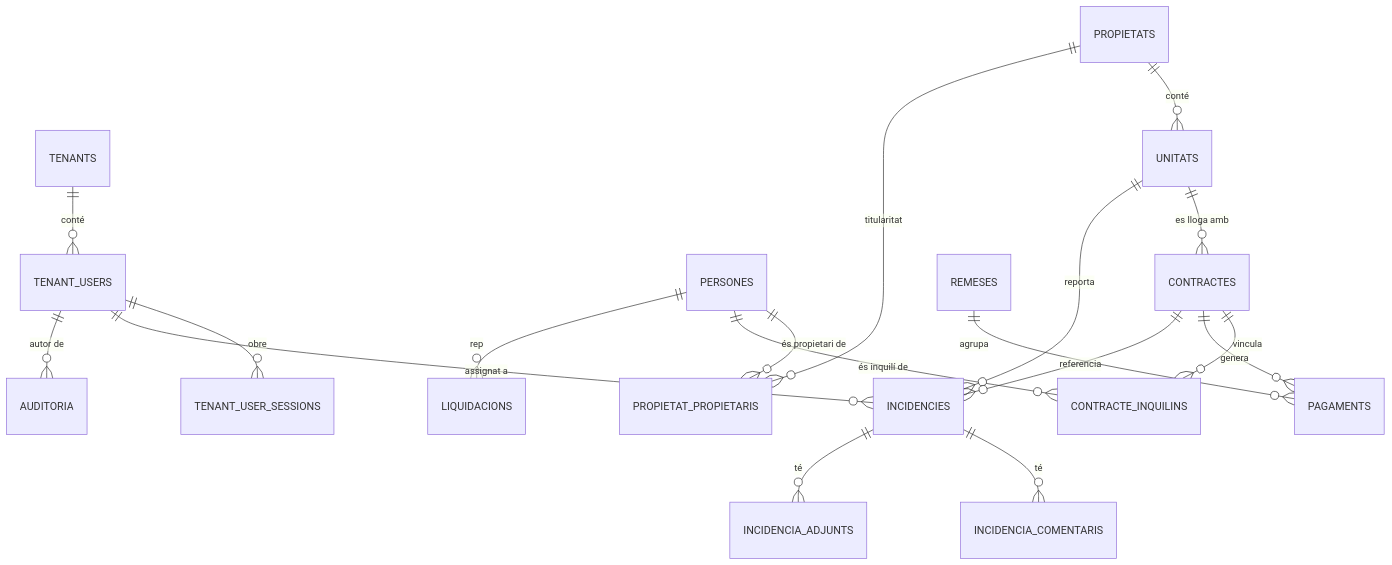
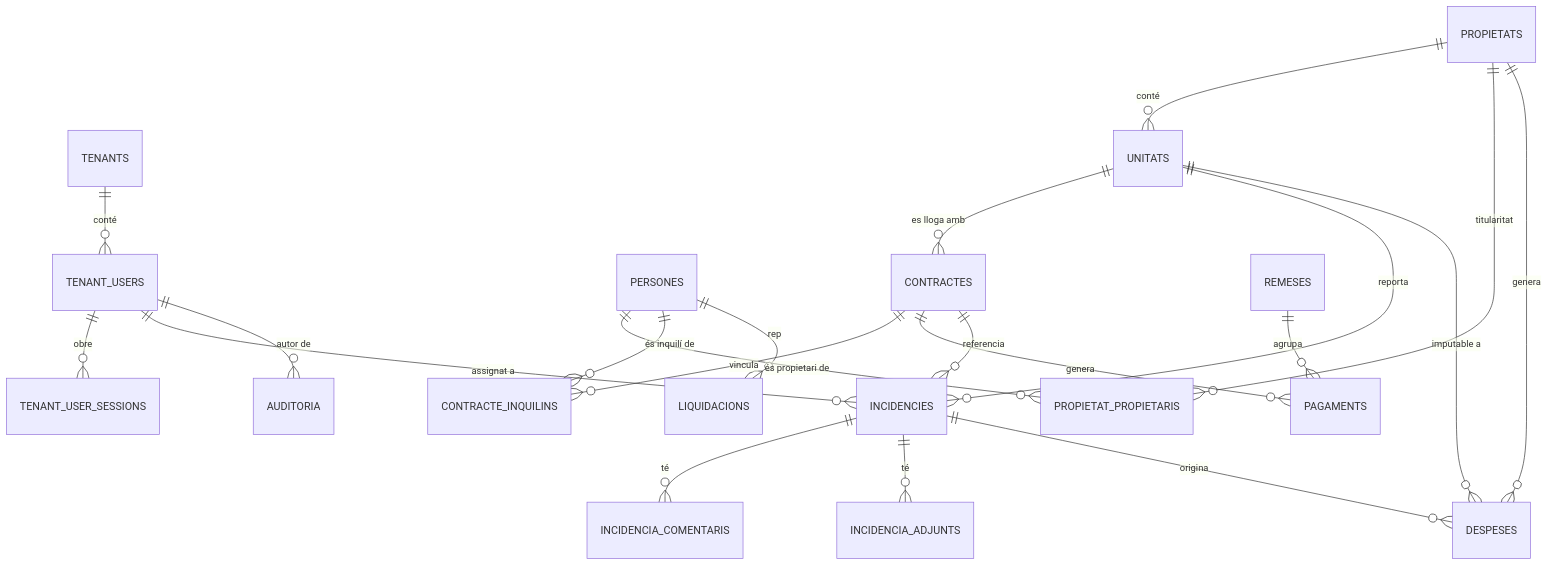
The diagram in docs/db-schema.md (saspero/gestioinmo), drawn with Mermaid before and after one commit. The commit also changed other lines of this file and 1 other file, not shown here.

First line of the commit message:
feat(db): add despeses table to tenant schema

````diff
--- a/docs/db-schema.md
+++ b/docs/db-schema.md
@@ -87,21 +87,24 @@
 ```mermaid
 erDiagram
   TENANTS ||--o{ TENANT_USERS : "conté"
   TENANT_USERS ||--o{ TENANT_USER_SESSIONS : "obre"
 
   PROPIETATS ||--o{ UNITATS : "conté"
   PROPIETATS ||--o{ PROPIETAT_PROPIETARIS : "titularitat"
   PERSONES ||--o{ PROPIETAT_PROPIETARIS : "és propietari de"
   UNITATS ||--o{ CONTRACTES : "es lloga amb"
   CONTRACTES ||--o{ CONTRACTE_INQUILINS : "vincula"
   PERSONES ||--o{ CONTRACTE_INQUILINS : "és inquilí de"
   CONTRACTES ||--o{ PAGAMENTS : "genera"
   REMESES ||--o{ PAGAMENTS : "agrupa"
   PERSONES ||--o{ LIQUIDACIONS : "rep"
   UNITATS ||--o{ INCIDENCIES : "reporta"
   CONTRACTES ||--o{ INCIDENCIES : "referencia"
   INCIDENCIES ||--o{ INCIDENCIA_COMENTARIS : "té"
   INCIDENCIES ||--o{ INCIDENCIA_ADJUNTS : "té"
   TENANT_USERS ||--o{ INCIDENCIES : "assignat a"
   TENANT_USERS ||--o{ AUDITORIA : "autor de"
+  PROPIETATS ||--o{ DESPESES : "genera"
+  UNITATS ||--o{ DESPESES : "imputable a"
+  INCIDENCIES ||--o{ DESPESES : "origina"
 ```
````
